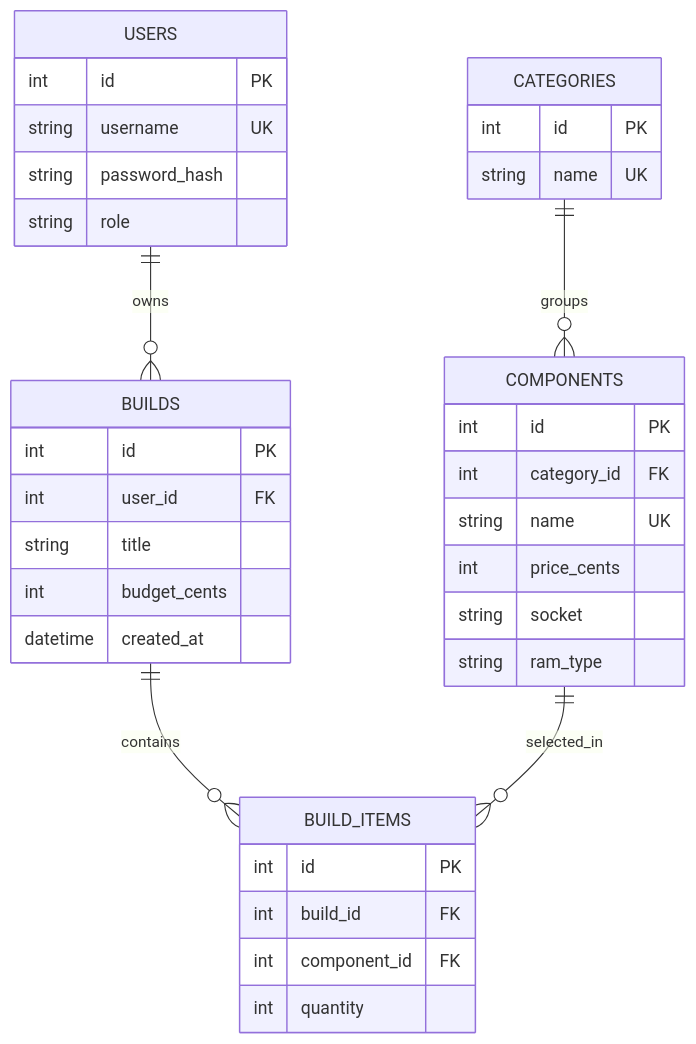
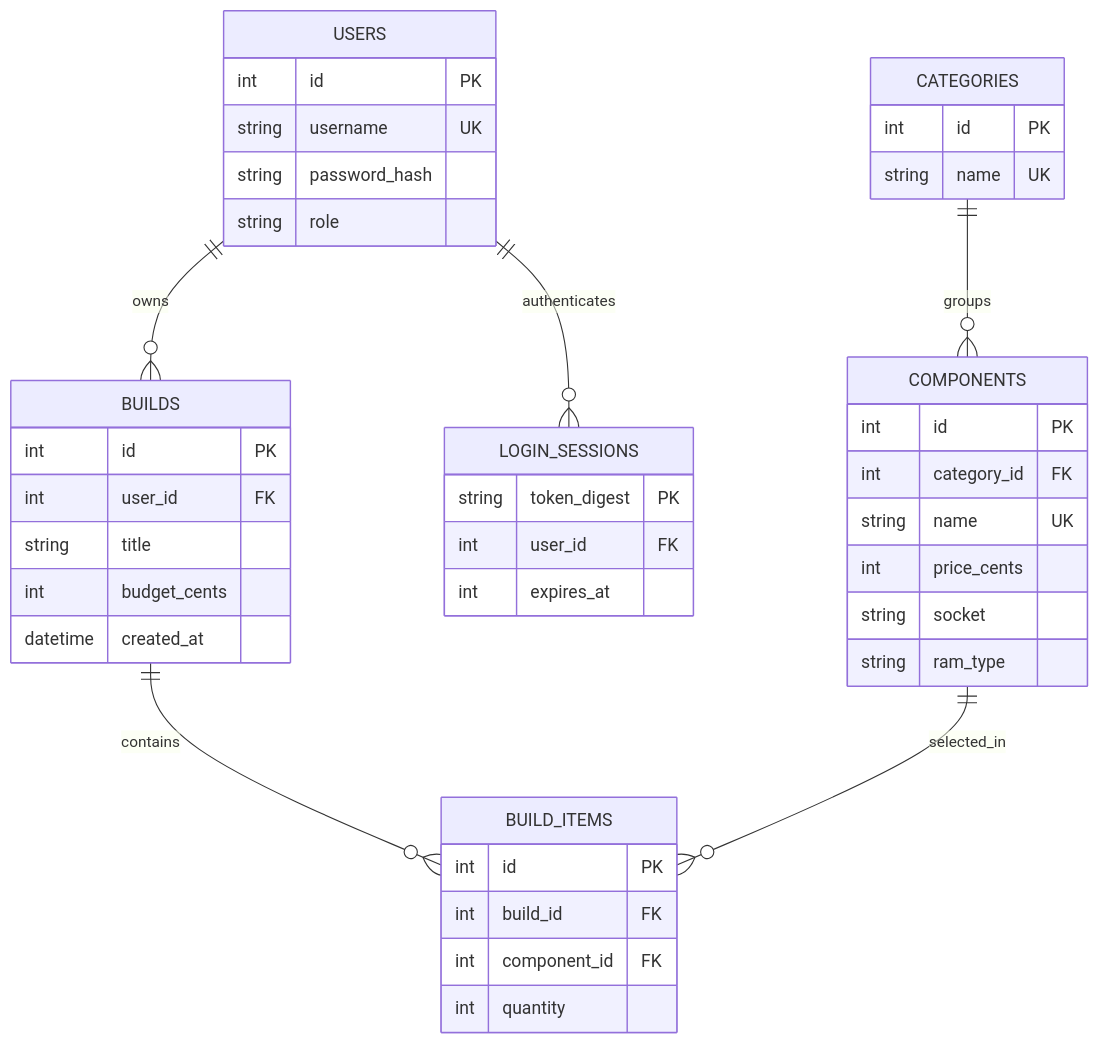
The diagram in docs/er_diagram.mmd (kharchenko-y/pc-build-planner-pw2), drawn with Mermaid before and after one commit. The commit also changed 30 other files, not shown here.

```diff
--- a/docs/er_diagram.mmd
+++ b/docs/er_diagram.mmd
@@ -1,37 +1,43 @@
 erDiagram
     USERS ||--o{ BUILDS : owns
+    USERS ||--o{ LOGIN_SESSIONS : authenticates
     CATEGORIES ||--o{ COMPONENTS : groups
     BUILDS ||--o{ BUILD_ITEMS : contains
     COMPONENTS ||--o{ BUILD_ITEMS : selected_in
 
     USERS {
         int id PK
         string username UK
         string password_hash
         string role
+    }
+    LOGIN_SESSIONS {
+        string token_digest PK
+        int user_id FK
+        int expires_at
     }
     CATEGORIES {
         int id PK
         string name UK
     }
     COMPONENTS {
         int id PK
         int category_id FK
         string name UK
         int price_cents
         string socket
         string ram_type
     }
     BUILDS {
         int id PK
         int user_id FK
         string title
         int budget_cents
         datetime created_at
     }
     BUILD_ITEMS {
         int id PK
         int build_id FK
         int component_id FK
         int quantity
     }
```
